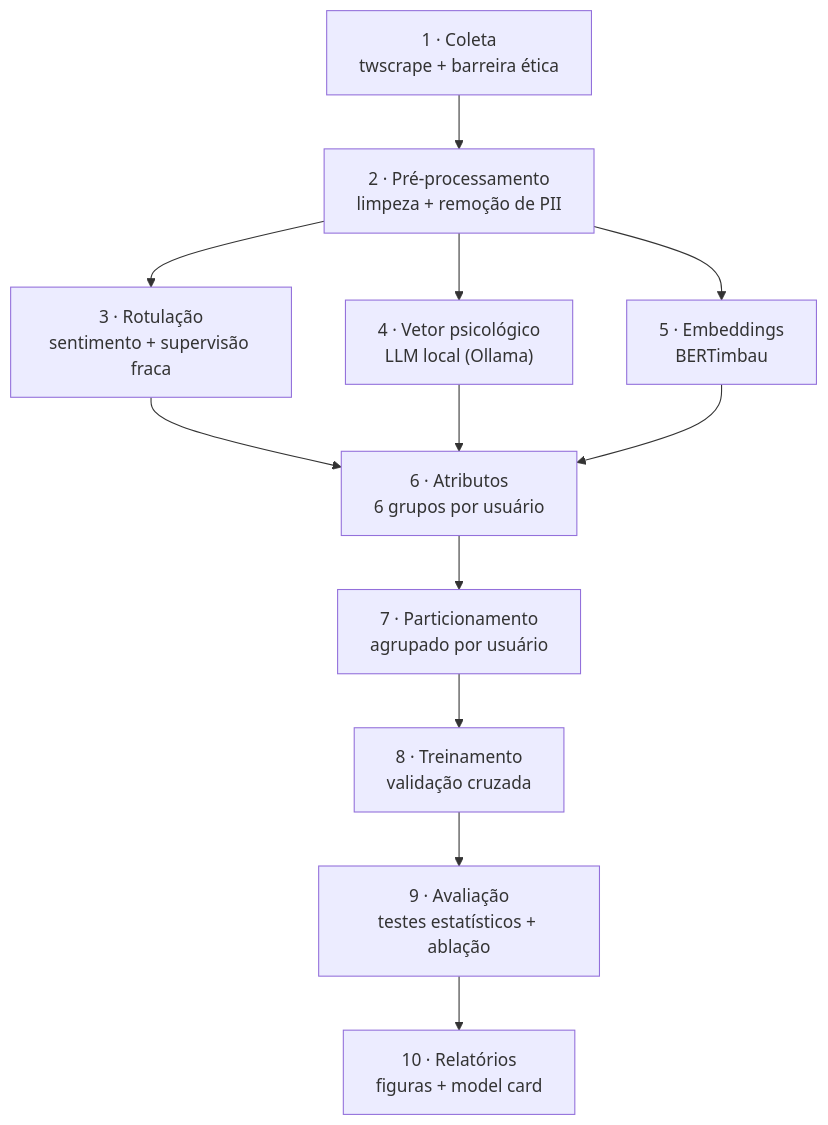
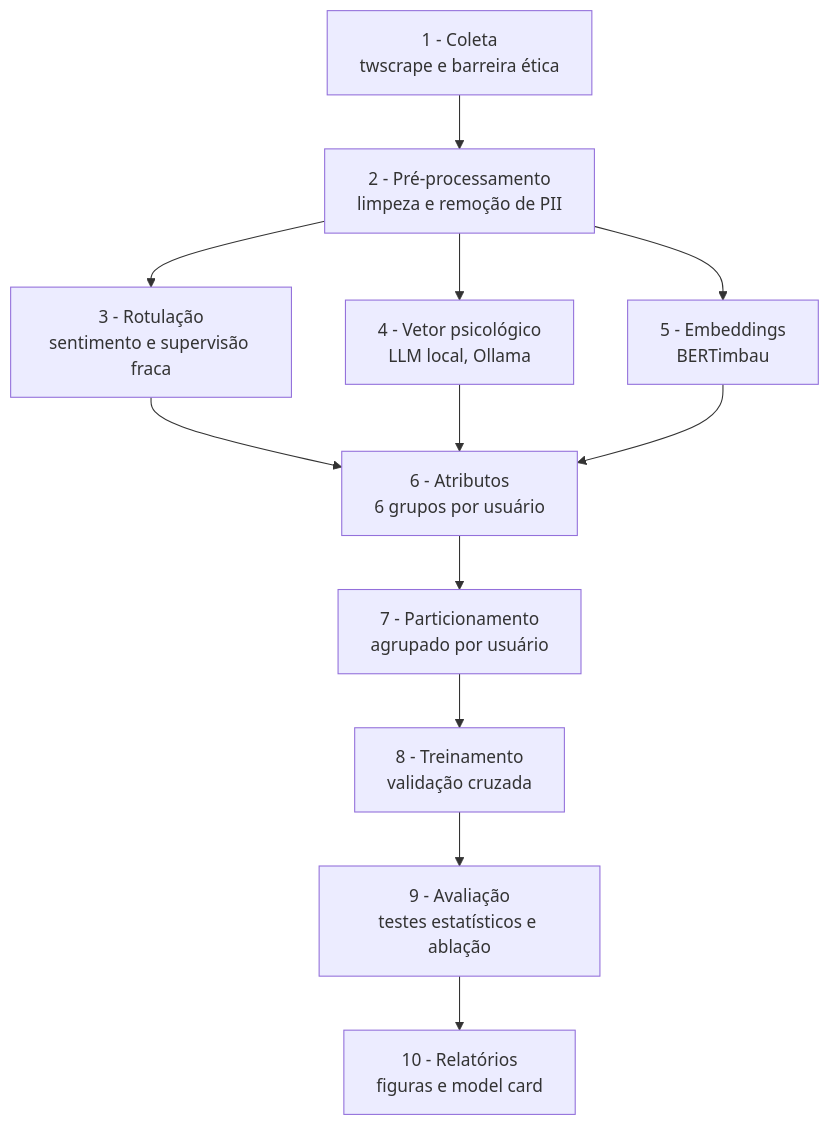
Before and after one commit to luanfreitas5/mental-health-nlp-ptbr: the diagram in README.md, drawn with Mermaid.

Commit message:
docs(readme): standardize flowchart notation
Replace bullet points (·) with dashes (-) and mathematical operators (+) with proper Portuguese conjunctions (e) and commas in the data processing pipeline flowchart. This improves readability and consistency with Portuguese language conventions across all 10 pipeline steps (Coleta through Relatórios).

````diff
--- a/README.md
+++ b/README.md
@@ -54,14 +54,14 @@
 ```mermaid
 flowchart TD
-    A["1 · Coleta<br/>twscrape + barreira ética"] --> B["2 · Pré-processamento<br/>limpeza + remoção de PII"]
-    B --> C["3 · Rotulação<br/>sentimento + supervisão fraca"]
-    B --> D["4 · Vetor psicológico<br/>LLM local (Ollama)"]
-    B --> E["5 · Embeddings<br/>BERTimbau"]
-    C --> F["6 · Atributos<br/>6 grupos por usuário"]
+    A["1 - Coleta<br/>twscrape e barreira ética"] --> B["2 - Pré-processamento<br/>limpeza e remoção de PII"]
+    B --> C["3 - Rotulação<br/>sentimento e supervisão fraca"]
+    B --> D["4 - Vetor psicológico<br/>LLM local, Ollama"]
+    B --> E["5 - Embeddings<br/>BERTimbau"]
+    C --> F["6 - Atributos<br/>6 grupos por usuário"]
     D --> F
     E --> F
-    F --> G["7 · Particionamento<br/>agrupado por usuário"]
-    G --> H["8 · Treinamento<br/>validação cruzada"]
-    H --> I["9 · Avaliação<br/>testes estatísticos + ablação"]
-    I --> J["10 · Relatórios<br/>figuras + model card"]
+    F --> G["7 - Particionamento<br/>agrupado por usuário"]
+    G --> H["8 - Treinamento<br/>validação cruzada"]
+    H --> I["9 - Avaliação<br/>testes estatísticos e ablação"]
+    I --> J["10 - Relatórios<br/>figuras e model card"]
 ```
````
